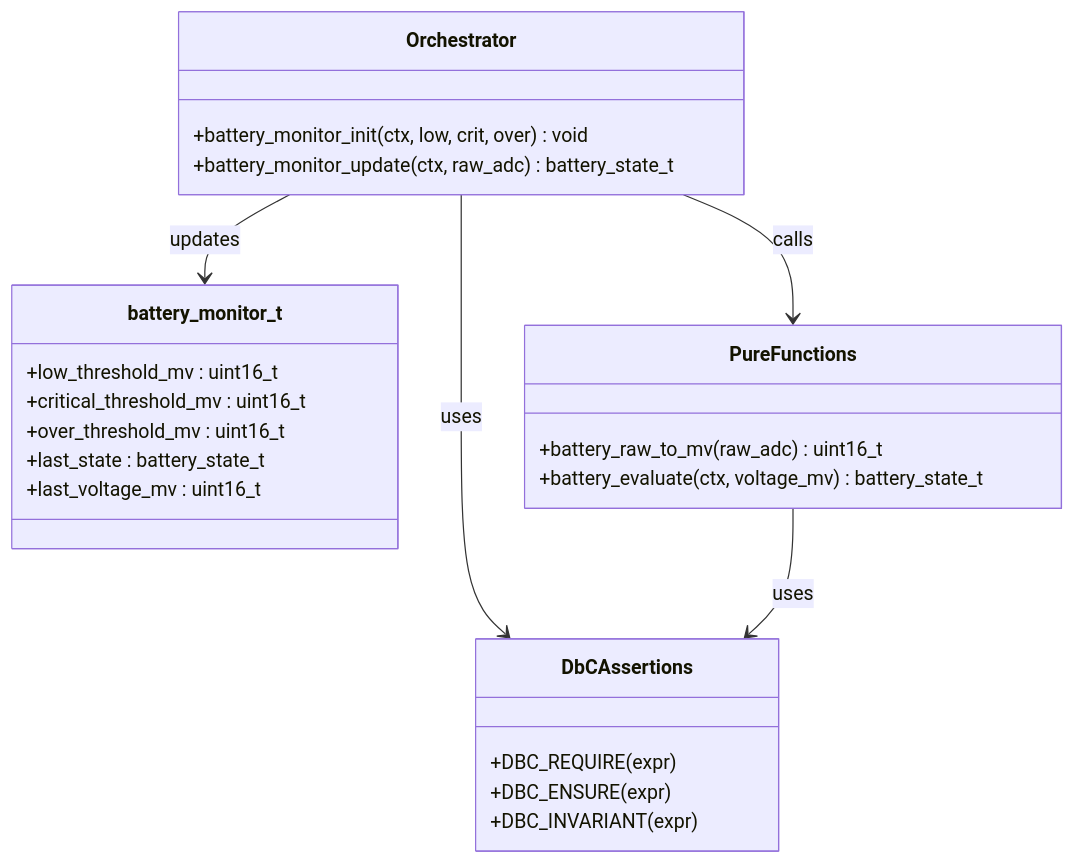
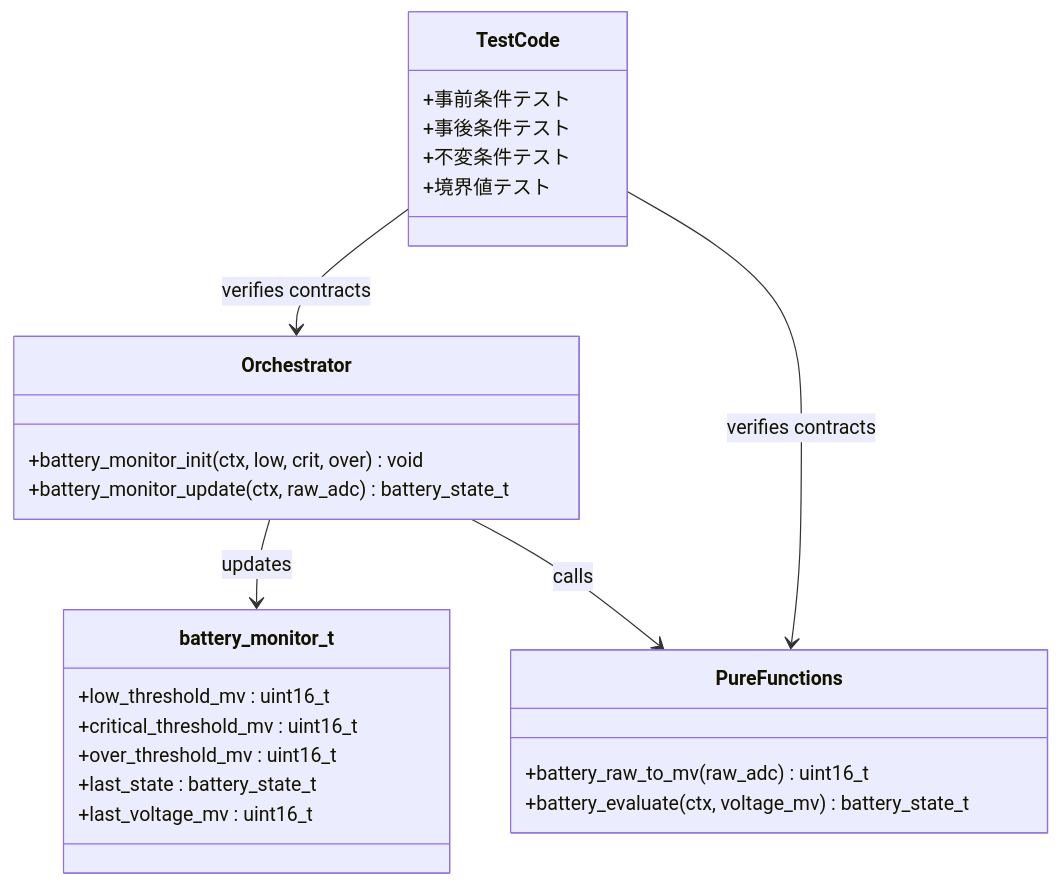
Before and after one commit to MeuNari0621/TeachingEmbC: the third of 3 diagrams in docs/md/16_implementation.md, drawn with Mermaid. The commit also changed other lines of this file and 7 other files, not shown here.

First line of the commit message:
refactor: move Design by Contract from production code to test code

````diff
--- a/docs/md/16_implementation.md
+++ b/docs/md/16_implementation.md
@@ -91,28 +107,29 @@
 ```mermaid
 classDiagram
     class battery_monitor_t {
         +low_threshold_mv : uint16_t
         +critical_threshold_mv : uint16_t
         +over_threshold_mv : uint16_t
         +last_state : battery_state_t
         +last_voltage_mv : uint16_t
     }
     class PureFunctions {
         +battery_raw_to_mv(raw_adc) uint16_t
         +battery_evaluate(ctx, voltage_mv) battery_state_t
     }
     class Orchestrator {
         +battery_monitor_init(ctx, low, crit, over) void
         +battery_monitor_update(ctx, raw_adc) battery_state_t
     }
-    class DbCAssertions {
-        +DBC_REQUIRE(expr)
-        +DBC_ENSURE(expr)
-        +DBC_INVARIANT(expr)
+    class TestCode {
+        +事前条件テスト
+        +事後条件テスト
+        +不変条件テスト
+        +境界値テスト
     }
     
     Orchestrator --> battery_monitor_t : updates
     Orchestrator --> PureFunctions : calls
-    Orchestrator --> DbCAssertions : uses
-    PureFunctions --> DbCAssertions : uses
+    TestCode --> Orchestrator : verifies contracts
+    TestCode --> PureFunctions : verifies contracts
 ```
````
